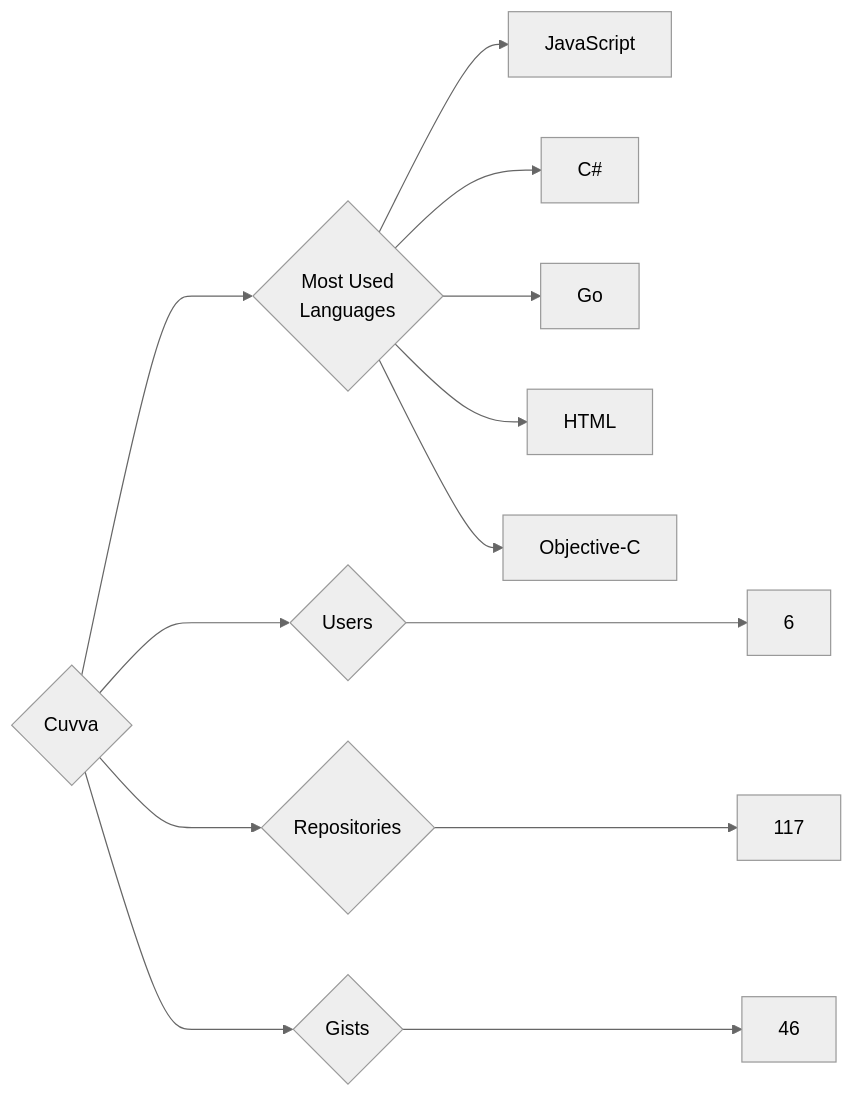
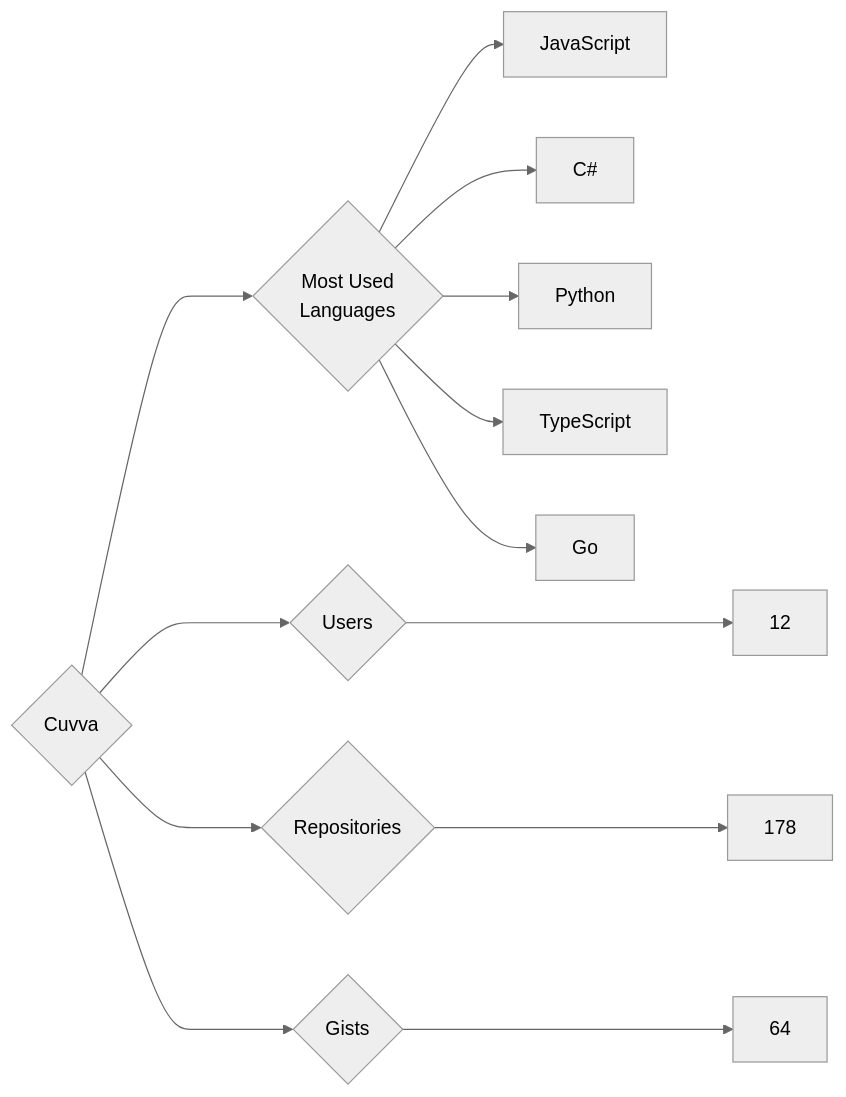
Before and after one commit to trickest/insiders: the diagram in targets/Cuvva/README.md, drawn with Mermaid (neutral theme). The commit also changed 935 other files, not shown here.

````diff
--- a/targets/Cuvva/README.md
+++ b/targets/Cuvva/README.md
@@ -3,13 +3,13 @@
 ```mermaid
 graph LR
 COMPANY_NAME{Cuvva}
-COMPANY_NAME ---> U{Users} ---> UN[6]
-COMPANY_NAME ---> R{Repositories} ---> RN[117]
-COMPANY_NAME ---> G{Gists} ---> GN[46]
+COMPANY_NAME ---> U{Users} ---> UN[12]
+COMPANY_NAME ---> R{Repositories} ---> RN[178]
+COMPANY_NAME ---> G{Gists} ---> GN[64]
 COMPANY_NAME ---> ML{Most Used<br>Languages}
 ML --> JavaScript[JavaScript]
 ML --> C#[C#]
+ML --> Python[Python]
+ML --> TypeScript[TypeScript]
 ML --> Go[Go]
-ML --> HTML[HTML]
-ML --> Objective-C[Objective-C]
 ```
````
